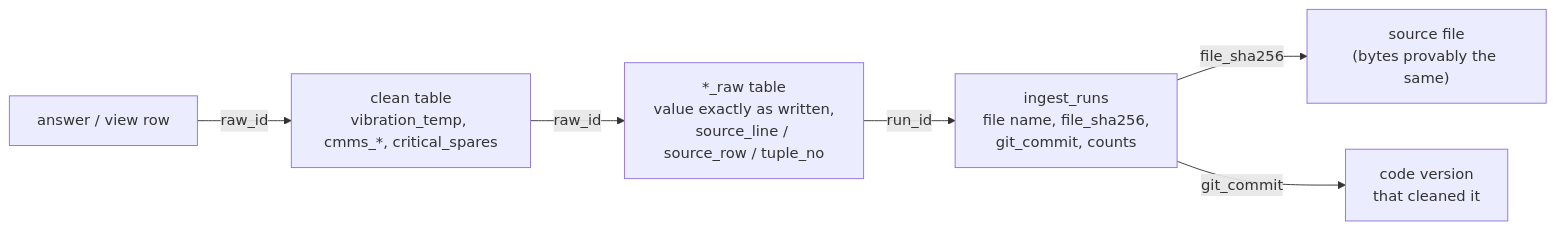
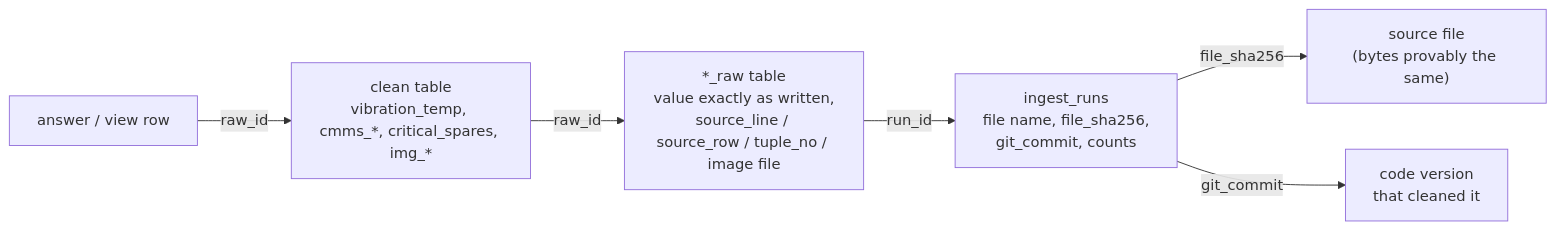
Before and after one commit to ensanguine2279/sctp-aie-m5-jurong-marine: the diagram in README.md, drawn with Mermaid. The commit also changed other lines of this file and 8 other files, not shown here.

````diff
--- a/README.md
+++ b/README.md
@@ -207,8 +237,8 @@
 ```mermaid
 flowchart LR
-    A["answer / view row"] -->|raw_id| B["clean table<br/>vibration_temp, cmms_*, critical_spares"]
-    B -->|raw_id| C["*_raw table<br/>value exactly as written,<br/>source_line / source_row / tuple_no"]
+    A["answer / view row"] -->|raw_id| B["clean table<br/>vibration_temp, cmms_*, critical_spares, img_*"]
+    B -->|raw_id| C["*_raw table<br/>value exactly as written,<br/>source_line / source_row / tuple_no / image file"]
     C -->|run_id| D["ingest_runs<br/>file name, file_sha256,<br/>git_commit, counts"]
     D -->|file_sha256| E["source file<br/>(bytes provably the same)"]
     D -->|git_commit| F["code version<br/>that cleaned it"]
 ```
````
